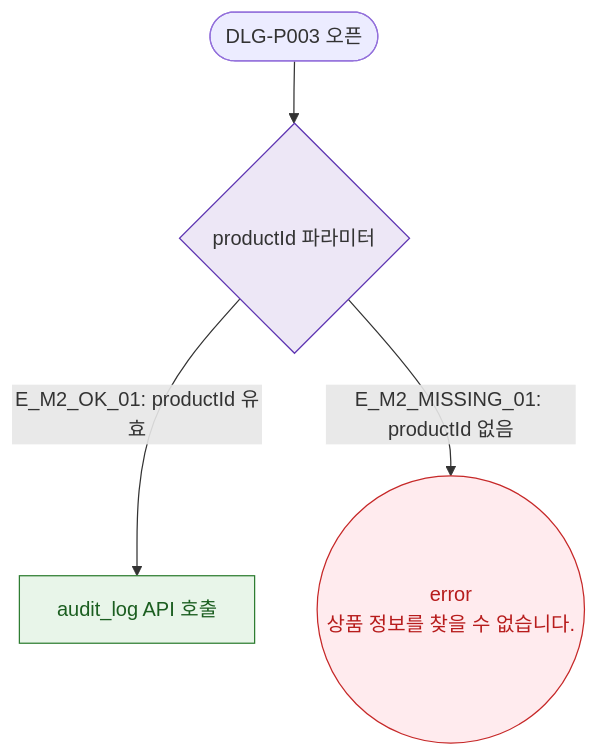
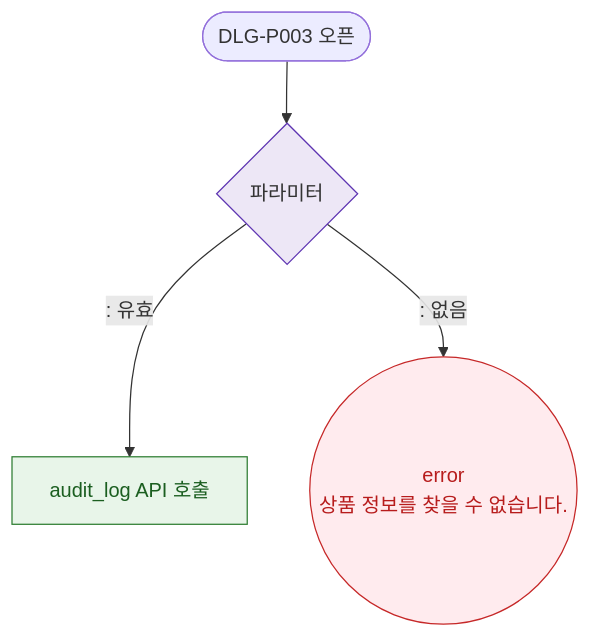
The diagram in docs/다이어그램/D05_상품관리/DLG/DLG-P003_가격이력/M2_필드검증.md (dev-spogym/admin-pando), drawn with Mermaid before and after one commit. The commit also changed other lines of this file and 1660 other files, not shown here.

First line of the commit message:
다이어그램: 기획자/클라이언트 납품본으로 정리

````diff
--- a/docs/다이어그램/D05_상품관리/DLG/DLG-P003_가격이력/M2_필드검증.md
+++ b/docs/다이어그램/D05_상품관리/DLG/DLG-P003_가격이력/M2_필드검증.md
@@ -16,13 +14,13 @@
 ```mermaid
 flowchart TD
-    OPEN([DLG-P003 오픈]) --> ParamCheck{productId 파라미터}
-    ParamCheck -->|"E_M2_OK_01: productId 유효"| FetchAudit[audit_log API 호출]
-    ParamCheck -->|"E_M2_MISSING_01: productId 없음"| ErrParam((error\n상품 정보를 찾을 수 없습니다.))
+    OPEN([DLG-P003 오픈]) --> ParamCheck{파라미터}
+    ParamCheck -->|": 유효"|FetchAudit[audit_log API 호출]
+    ParamCheck -->|": 없음"|ErrParam((error\n상품 정보를 찾을 수 없습니다.))
 
     classDef success fill:#E8F5E9,stroke:#2E7D32,color:#1B5E20
     classDef error fill:#FFEBEE,stroke:#C62828,color:#B71C1C
     classDef system fill:#EDE7F6,stroke:#5E35B2
     class FetchAudit success
     class ErrParam error
     class ParamCheck system
 ```
````
